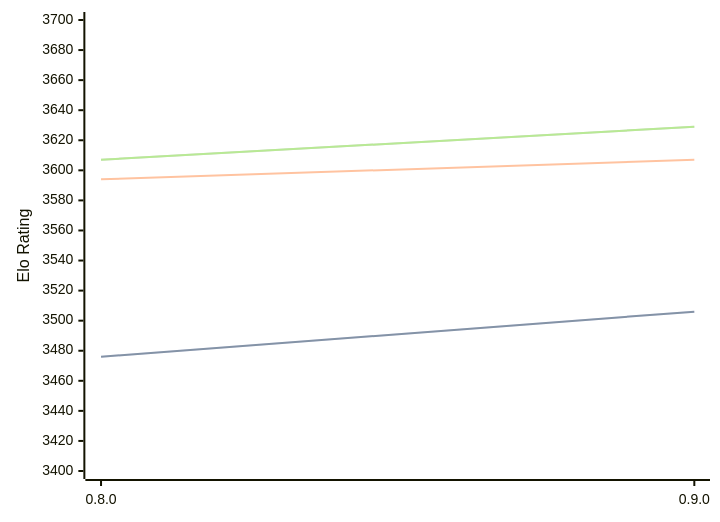
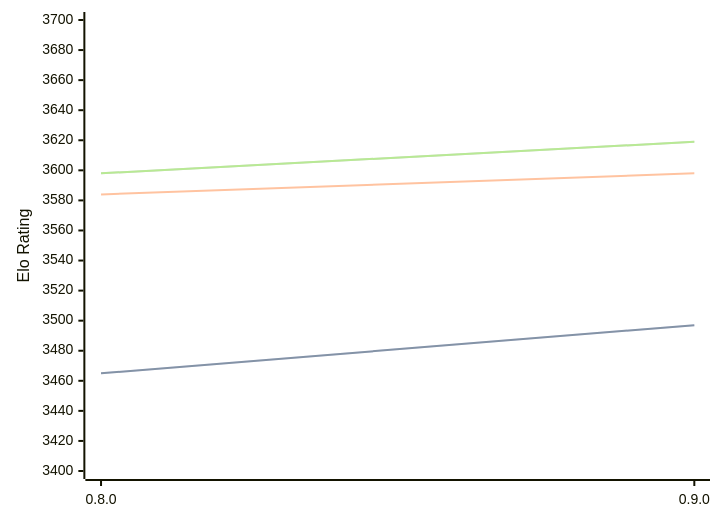
Before and after one commit to computer-chess-index/cci: the diagram in engines/Reckless.md, drawn with Mermaid. The commit also changed other lines of this file, not shown here.

Commit message:
Update CCI Ratings (ELO VLTC) - 2026-03-19

````diff
--- a/engines/Reckless.md
+++ b/engines/Reckless.md
@@ -37,11 +37,11 @@
 ```mermaid
 %%{init: {"theme":"base","themeVariables":{"seriesColors:['#a3a3a3','#222221','#faa371']}}}%%
 xychart-beta
   x-axis ["0.8.0", "0.9.0"]
   y-axis "Elo Rating" 3400 --> 3700
-  line "STC (8.0+0.08s)" [3476, 3506]
-  line "STC (8.0+0.08s)" [3476, 3506]
-  line "LTC (60.0+0.60s)" [3594, 3607]
-  line "VLTC (2m24s+1.12s)" [3607, 3629]
-  line "VLTC (2m24s+1.12s)" [3607, 3629]
+  line "STC (8.0+0.08s)" [3465, 3497]
+  line "STC (8.0+0.08s)" [3465, 3497]
+  line "LTC (60.0+0.60s)" [3584, 3598]
+  line "VLTC (2m24s+1.12s)" [3598, 3619]
+  line "VLTC (2m24s+1.12s)" [3598, 3619]
 ```
````
